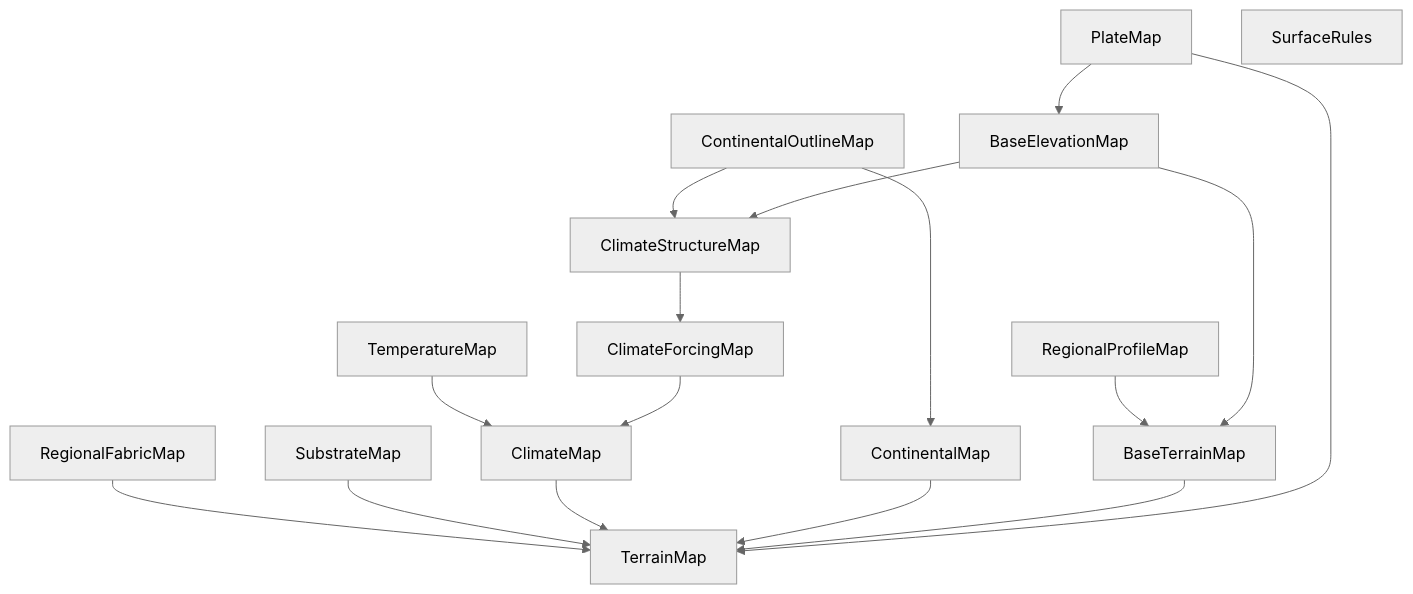
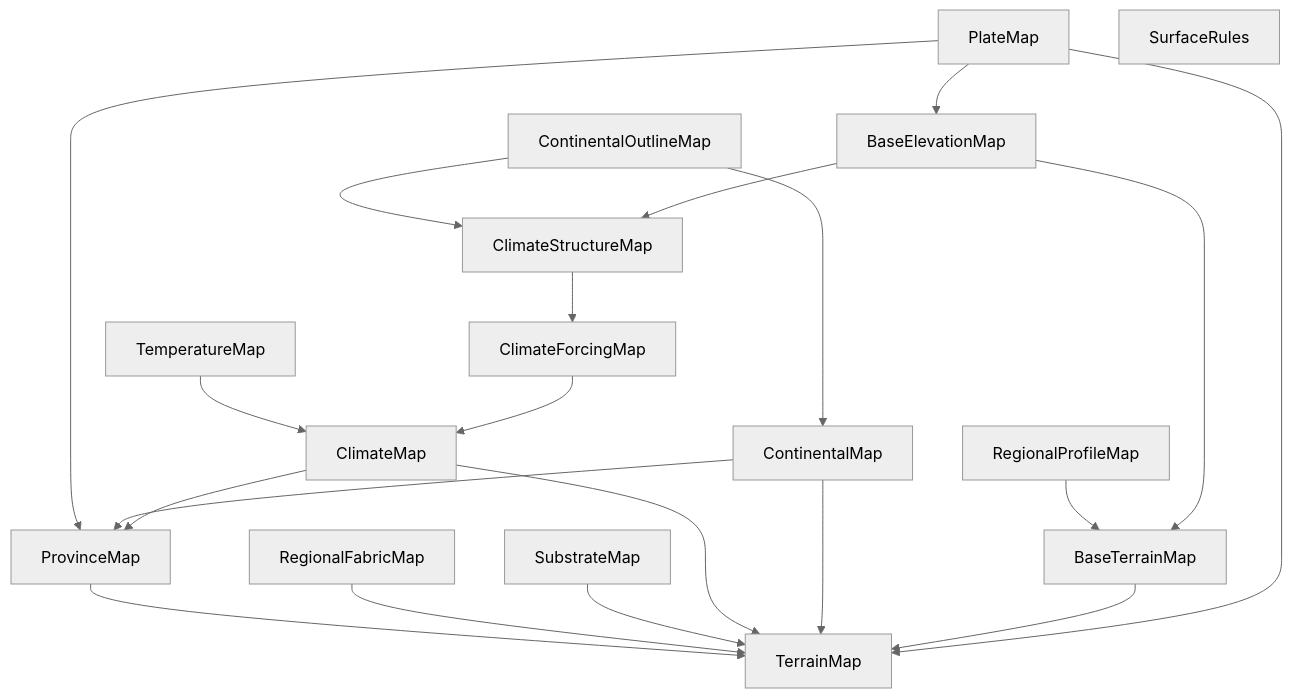
One commit to orthrus-research/Riven changed the first of 2 diagrams in docs/ARCHITECTURE.md. Above: the diagram before and after it, drawn with Mermaid (neutral theme). The commit also changed other lines of this file and 14 other files, not shown here.

````diff
--- a/docs/ARCHITECTURE.md
+++ b/docs/ARCHITECTURE.md
@@ -79,19 +79,23 @@
 ```mermaid
 flowchart TD
   T[TemperatureMap] --> C[ClimateMap]
   P[PlateMap] --> BE[BaseElevationMap]
   O[ContinentalOutlineMap] --> CS[ClimateStructureMap]
   BE --> CS
   CS --> CF[ClimateForcingMap]
   CF --> C
   O --> CM[ContinentalMap]
+  P --> PR[ProvinceMap]
+  CM --> PR
+  C --> PR
+  PR --> TM
   RP[RegionalProfileMap] --> BT[BaseTerrainMap]
   BE --> BT
   F[RegionalFabricMap] --> TM[TerrainMap]
   S[SubstrateMap] --> TM
   C --> TM
   CM --> TM
   BT --> TM
   P --> TM
   SR[SurfaceRules]
 ```
````
